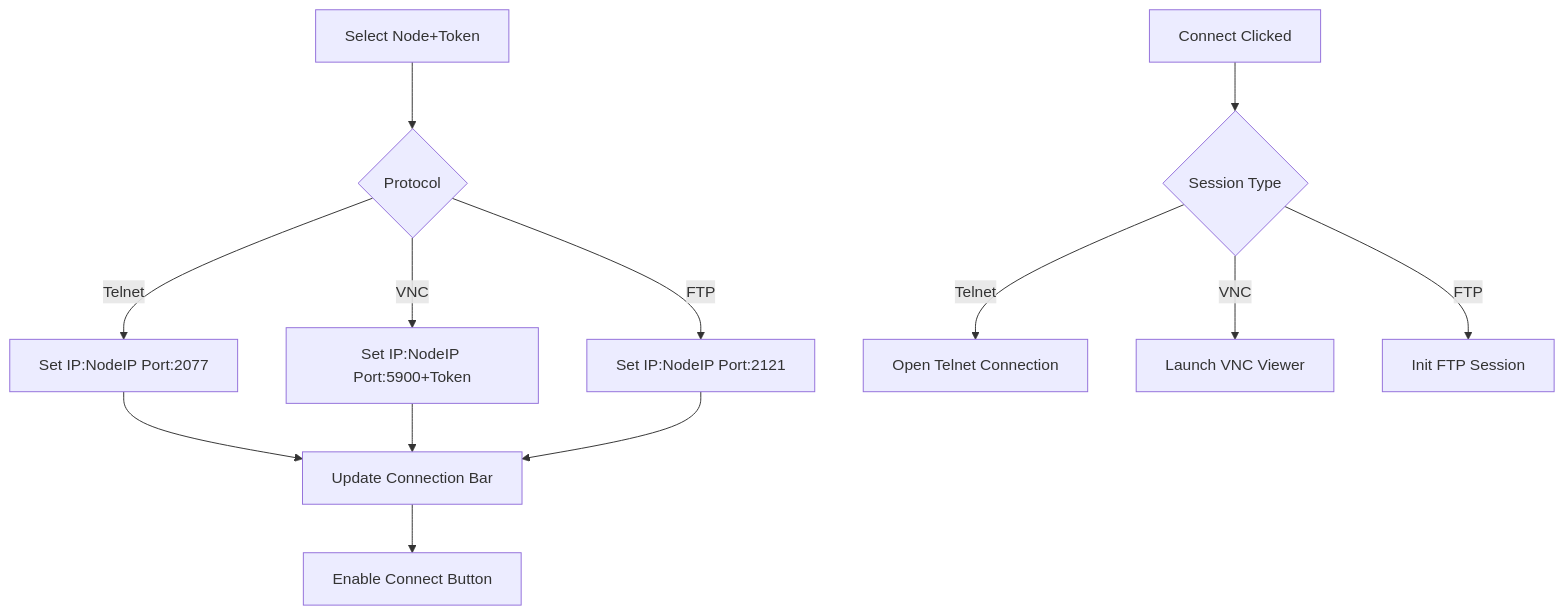
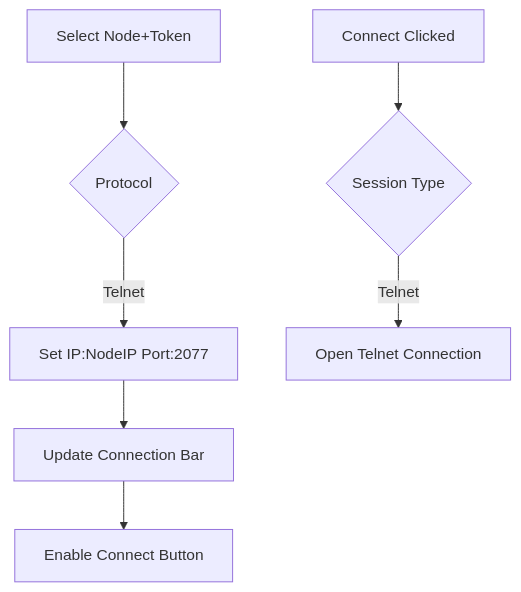
One commit to goranjovic55/LOGReport changed the first of 2 diagrams in _PROJECT/_BMPRSS/_BLUEPRINT/COMMANDER_GUI_SPEC.md. Above: the diagram before and after it, drawn with Mermaid. The commit also changed other lines of this file and 2 other files, not shown here.

````diff
--- a/_PROJECT/_BMPRSS/_BLUEPRINT/COMMANDER_GUI_SPEC.md
+++ b/_PROJECT/_BMPRSS/_BLUEPRINT/COMMANDER_GUI_SPEC.md
@@ -87,16 +59,10 @@
 ```mermaid
 flowchart TD
     A[Select Node+Token] --> B{Protocol}
     B -->|Telnet| C[Set IP:NodeIP Port:2077]
-    B -->|VNC| D[Set IP:NodeIP Port:5900+Token]
-    B -->|FTP| E[Set IP:NodeIP Port:2121]
     C --> F[Update Connection Bar]
-    D --> F
-    E --> F
     F --> G[Enable Connect Button]
     
     H[Connect Clicked] --> I{Session Type}
     I -->|Telnet| J[Open Telnet Connection]
-    I -->|VNC| K[Launch VNC Viewer]
-    I -->|FTP| L[Init FTP Session]
 ```
````
